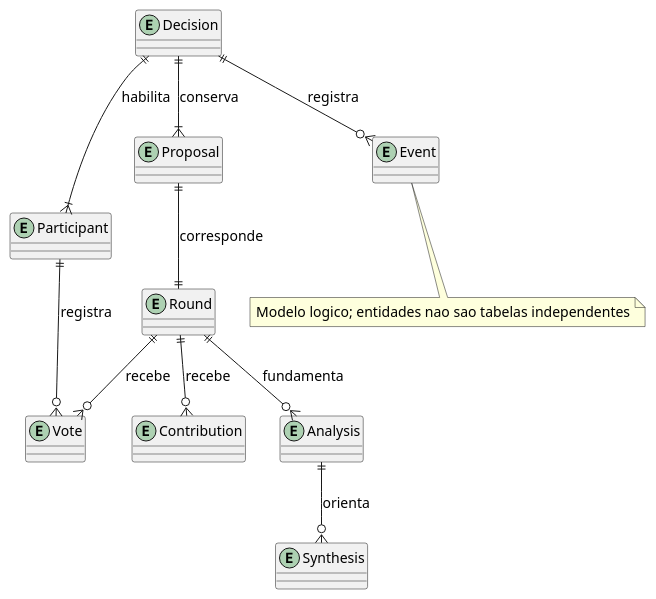
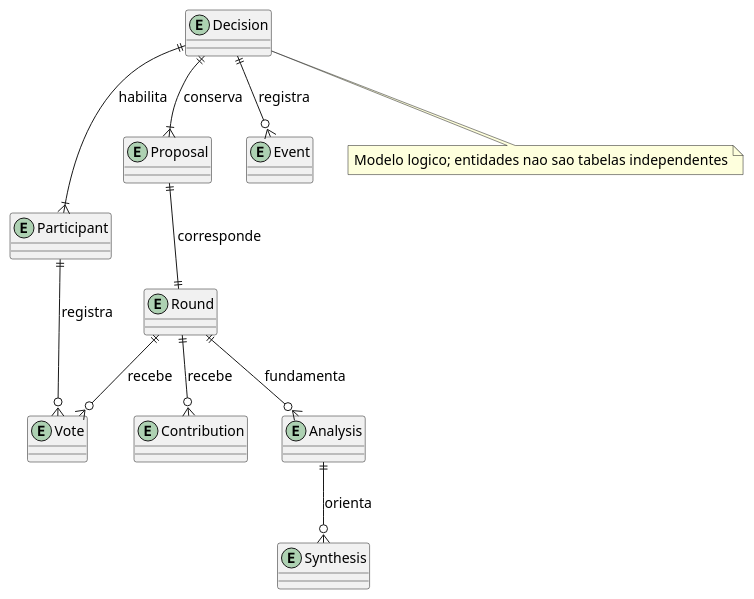
Before and after one commit to MRmoratelli/tcc-decisao-coletiva: the diagram in prototype-v2/docs/entrega-academica/diagramas/F08.puml, drawn with PlantUML. The commit also changed 2 other files, not shown here.

Commit message:
docs: corrigir notas UML e vincular galeria incorporada

```diff
--- a/prototype-v2/docs/entrega-academica/diagramas/F08.puml
+++ b/prototype-v2/docs/entrega-academica/diagramas/F08.puml
@@ -1,24 +1,24 @@
 @startuml
 skinparam defaultFontSize 14
 skinparam shadowing false
 skinparam backgroundColor white
 entity Decision
 entity Participant
 entity Proposal
 entity Round
 entity Vote
 entity Contribution
 entity Analysis
 entity Synthesis
 entity Event
 Decision ||--|{ Participant : habilita
 Decision ||--|{ Proposal : conserva
 Proposal ||--|| Round : corresponde
 Round ||--o{ Vote : recebe
 Participant ||--o{ Vote : registra
 Round ||--o{ Contribution : recebe
 Round ||--o{ Analysis : fundamenta
 Analysis ||--o{ Synthesis : orienta
 Decision ||--o{ Event : registra
-note bottom : Modelo logico; entidades nao sao tabelas independentes
+note bottom of Decision : Modelo logico; entidades nao sao tabelas independentes
 @enduml
```
